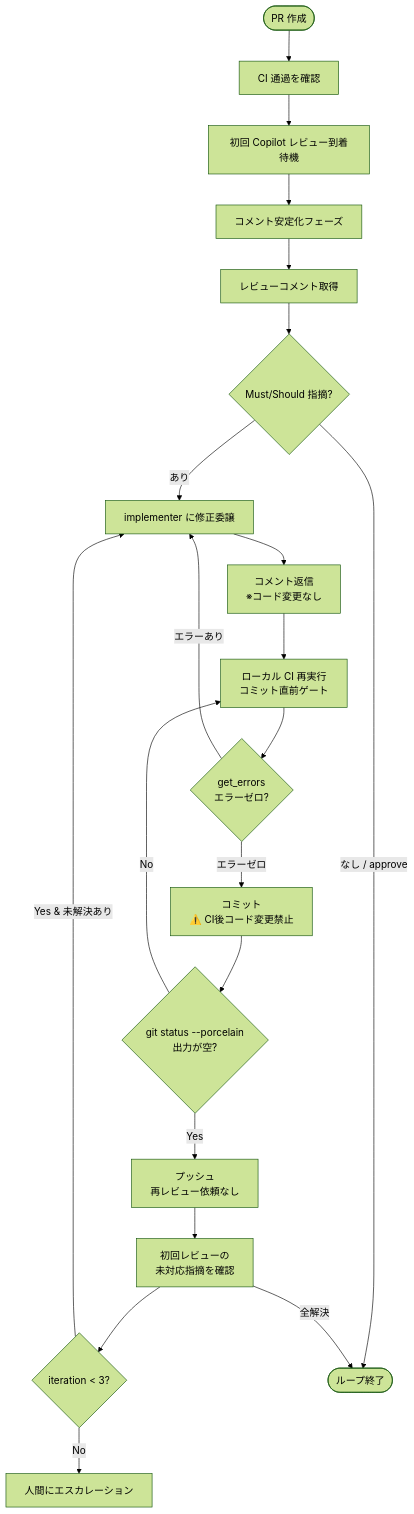
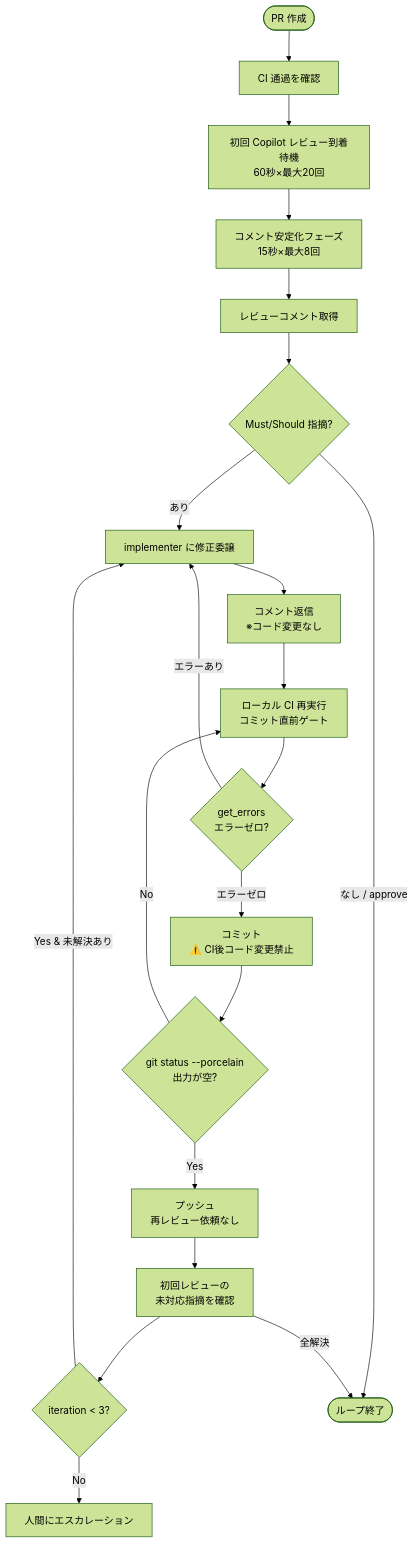
Before and after one commit to KosGit-ti/dev-orchestration-template: the fourth of 5 diagrams in docs/orchestration.md, drawn with Mermaid (forest theme). The commit also changed 1 other file, not shown here.

Commit message:
docs: Copilot レビュー20分待機フローをマニフェスト・orchestration.md に明記
- copilot-instructions.md Step 10: レビュー到着待機（60秒×最大20回）を先頭に追加
- General Request Step 8: 20分待機を含む旨を明示
- docs/orchestration.md §6.4 フローチャート: WaitReview/Stable に待機時間を追記

````diff
--- a/docs/orchestration.md
+++ b/docs/orchestration.md
@@ -494,23 +494,23 @@
 ```mermaid
 flowchart TD
     Start([PR 作成]) --> WaitCI[CI 通過を確認]
-    WaitCI --> WaitReview[初回 Copilot レビュー到着待機]
-    WaitReview --> Stable[コメント安定化フェーズ]
+    WaitCI --> WaitReview[初回 Copilot レビュー到着待機<br/>60秒×最大20回]
+    WaitReview --> Stable[コメント安定化フェーズ<br/>15秒×最大8回]
     Stable --> GetComments[レビューコメント取得]
     GetComments --> Classify{Must/Should 指摘?}
     Classify -->|あり| Fix[implementer に修正委譲]
     Fix --> Reply[コメント返信<br/>※コード変更なし]
     Reply --> FinalCI[ローカル CI 再実行<br/>コミット直前ゲート]
     FinalCI --> IDECheck{get_errors<br/>エラーゼロ?}
     IDECheck -->|エラーあり| Fix
     IDECheck -->|エラーゼロ| Commit[コミット<br/>⚠️ CI後コード変更禁止]
     Commit --> CleanCheck{git status --porcelain<br/>出力が空?}
     CleanCheck -->|No| FinalCI
     CleanCheck -->|Yes| Push[プッシュ<br/>再レビュー依頼なし]
     Push --> Recheck[初回レビューの<br/>未対応指摘を確認]
     Recheck --> Inc{iteration < 3?}
     Inc -->|Yes & 未解決あり| Fix
     Inc -->|No| Escalate[人間にエスカレーション]
     Classify -->|なし / approve| Done([ループ終了])
     Recheck -->|全解決| Done
 ```
````
